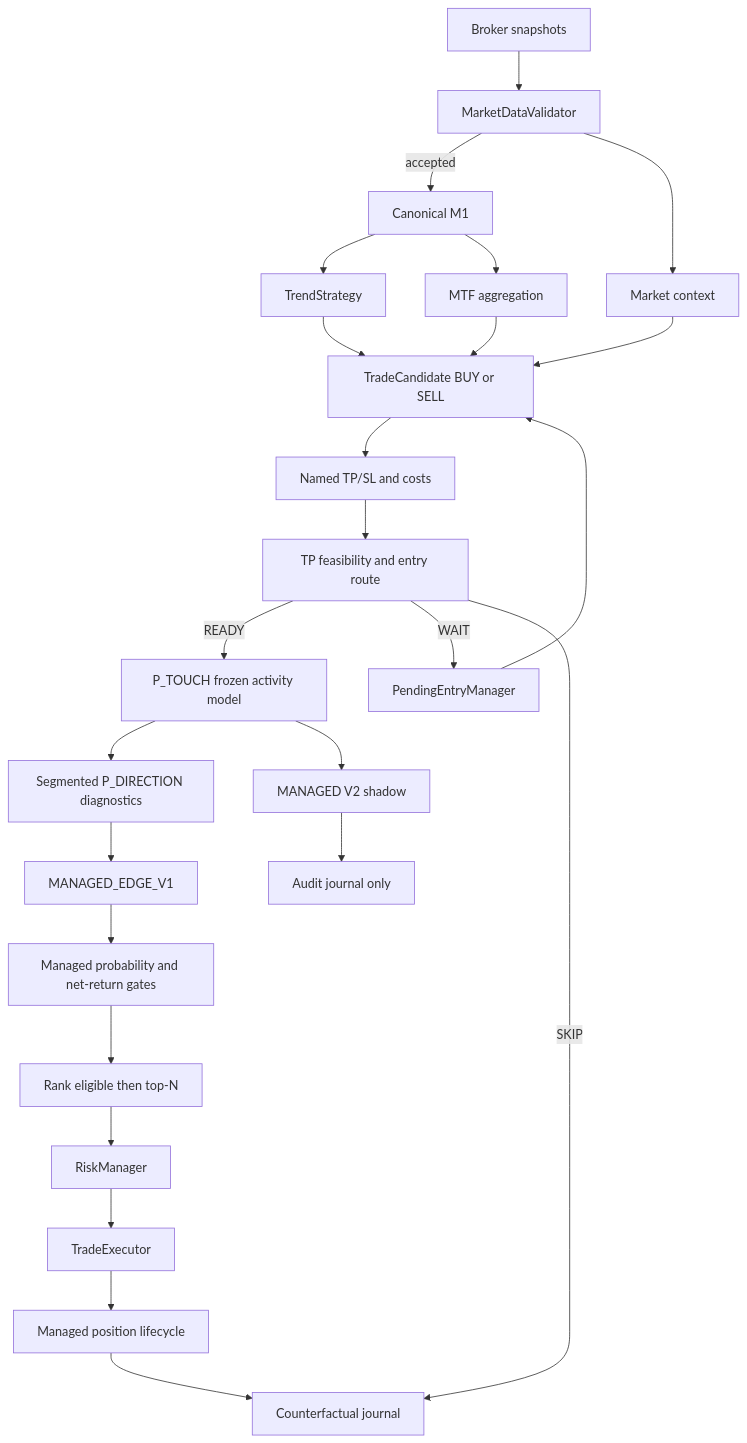
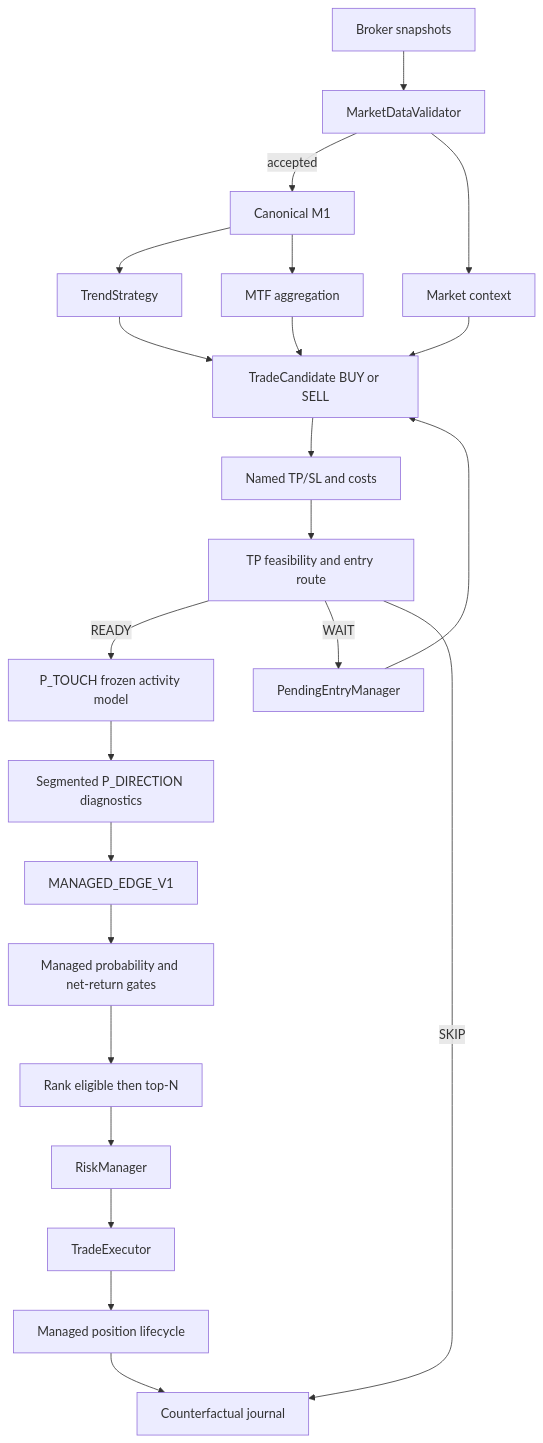
Before and after one commit to Kaesarou/goblin: the diagram in README.md, drawn with Mermaid. The commit also changed other lines of this file, not shown here.

Commit message:
Remove MANAGED V2 documentation from PR

````diff
--- a/README.md
+++ b/README.md
@@ -47,27 +45,25 @@
 ```mermaid
 flowchart TD
     A[Broker snapshots] --> B[MarketDataValidator]
     B -->|accepted| C[Canonical M1]
     B --> D[Market context]
     C --> E[TrendStrategy]
     C --> F[MTF aggregation]
     E --> G[TradeCandidate BUY or SELL]
     D --> G
     F --> G
     G --> H[Named TP/SL and costs]
     H --> I[TP feasibility and entry route]
     I -->|READY| J[P_TOUCH frozen activity model]
     I -->|WAIT| K[PendingEntryManager]
     I -->|SKIP| L[Counterfactual journal]
     J --> M[Segmented P_DIRECTION diagnostics]
     M --> N[MANAGED_EDGE_V1]
-    J --> V[MANAGED V2 shadow]
-    V --> W[Audit journal only]
     N --> O[Managed probability and net-return gates]
     O --> P[Rank eligible then top-N]
     K --> G
     P --> Q[RiskManager]
     Q --> R[TradeExecutor]
     R --> S[Managed position lifecycle]
     S --> L
 ```
````
